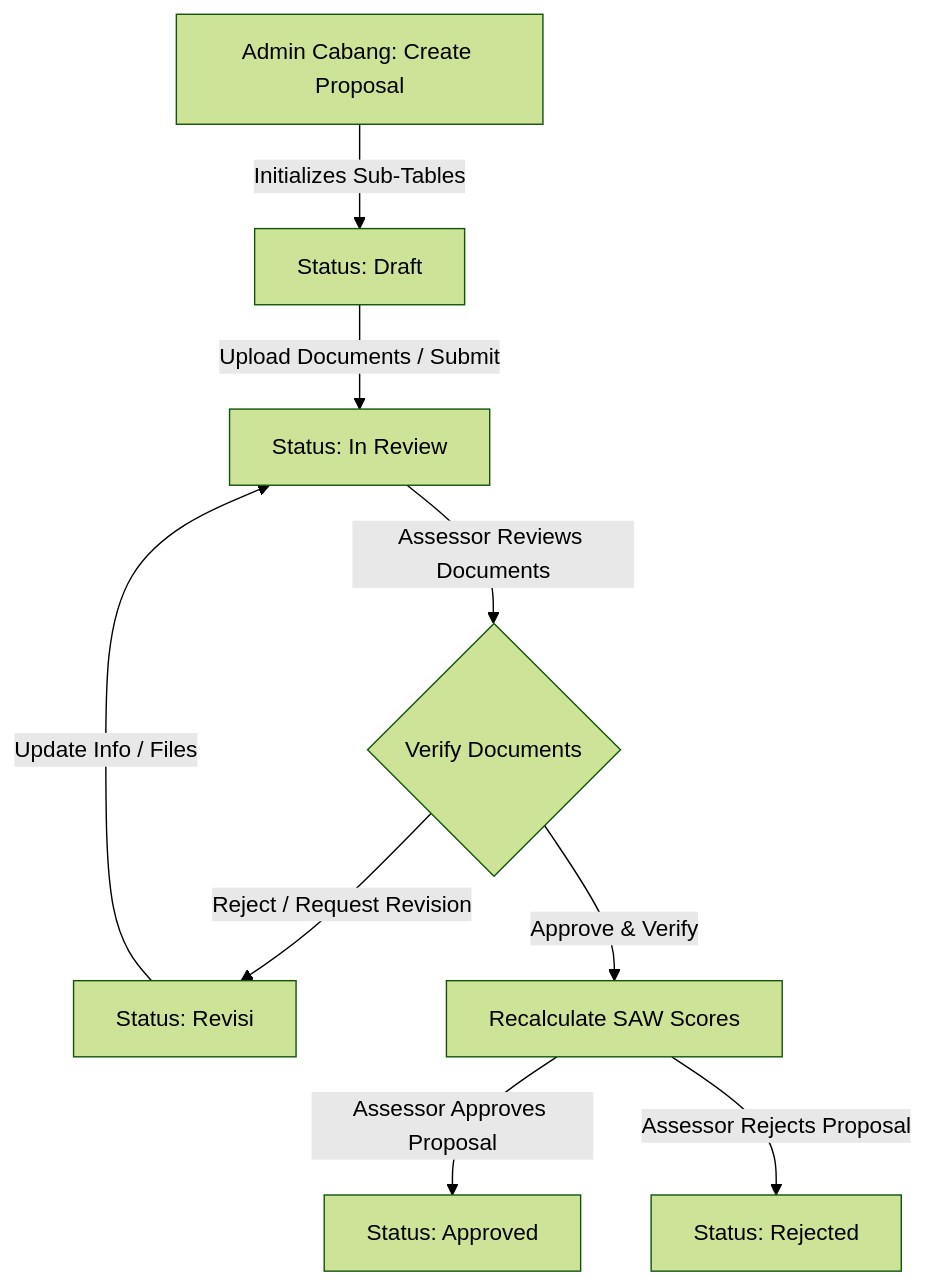
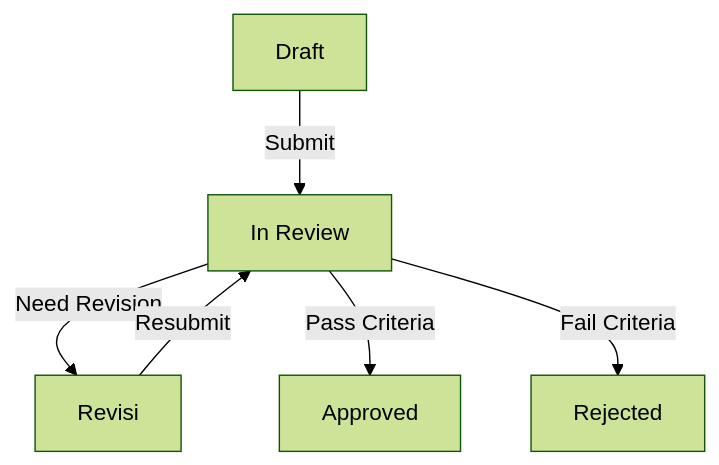
The diagram in README.md (ernandarevalino/capstone_ulok), drawn with Mermaid (forest theme) before and after one commit. The commit also changed other lines of this file, not shown here.

````diff
--- a/README.md
+++ b/README.md
@@ -22,11 +21,8 @@
 ```mermaid
 graph TD
-    A[Admin Cabang: Create Proposal] -->|Initializes Sub-Tables| B[Status: Draft]
-    B -->|Upload Documents / Submit| C[Status: In Review]
-    C -->|Assessor Reviews Documents| D{Verify Documents}
-    D -->|Reject / Request Revision| E[Status: Revisi]
-    E -->|Update Info / Files| C
-    D -->|Approve & Verify| F[Recalculate SAW Scores]
-    F -->|Assessor Approves Proposal| G[Status: Approved]
-    F -->|Assessor Rejects Proposal| H[Status: Rejected]
+    A[Draft] -->|Submit| B[In Review]
+    B -->|Need Revision| C[Revisi]
+    C -->|Resubmit| B
+    B -->|Pass Criteria| D[Approved]
+    B -->|Fail Criteria| E[Rejected]
 ```
````
